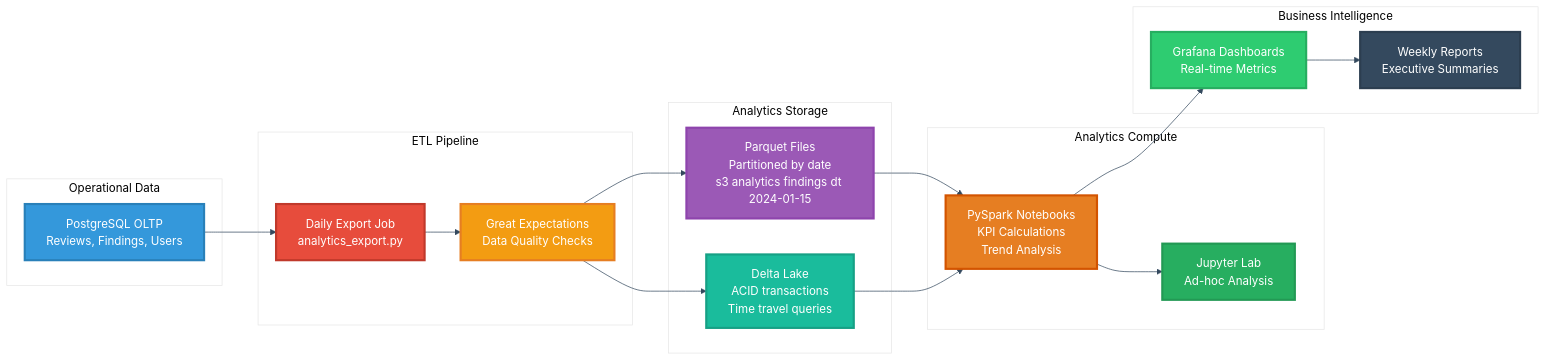
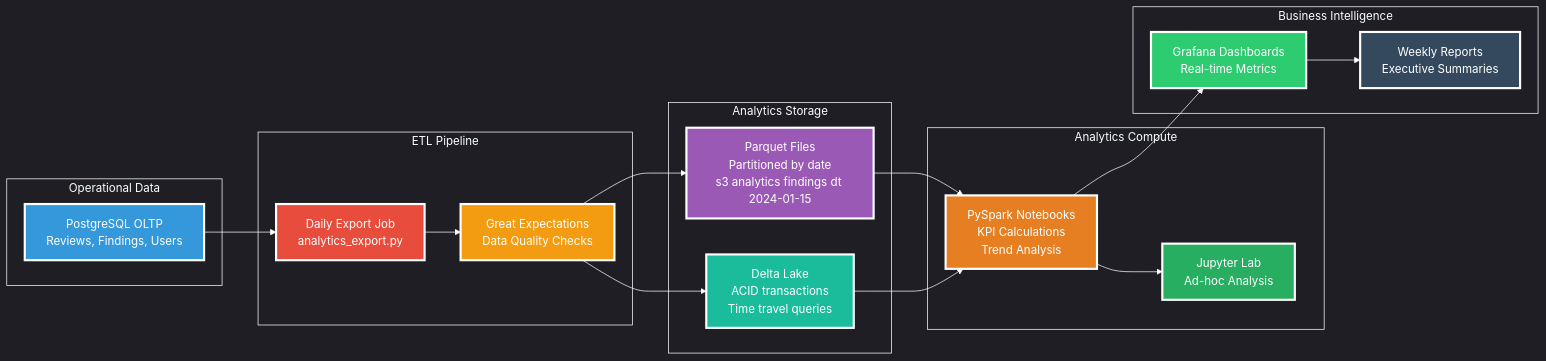
The fourth of 7 diagrams in docs/ARCHITECTURE.md (PriscillaOng12/AI-Code-Review-Squad), drawn with Mermaid before and after one commit. The commit also changed other lines of this file, not shown here.

````diff
--- a/docs/ARCHITECTURE.md
+++ b/docs/ARCHITECTURE.md
@@ -325,47 +325,47 @@
 ```mermaid
-%%{init: {'theme': 'base', 'themeVariables': {'primaryColor': '#ffffff', 'primaryTextColor': '#2c3e50', 'primaryBorderColor': '#2c3e50', 'lineColor': '#34495e', 'secondaryColor': '#ffffff', 'tertiaryColor': '#ffffff', 'background': '#ffffff', 'mainBkg': '#ffffff', 'secondBkg': '#ffffff', 'tertiaryBkg': '#ffffff'}}}%%
+%%{init: {'theme': 'dark', 'themeVariables': {'primaryColor': 'transparent', 'primaryTextColor': '#ffffff', 'primaryBorderColor': '#ffffff', 'lineColor': '#ffffff', 'secondaryColor': 'transparent', 'tertiaryColor': 'transparent', 'background': 'transparent', 'mainBkg': 'transparent', 'secondBkg': 'transparent', 'tertiaryBkg': 'transparent', 'clusterBkg': 'transparent', 'clusterBorder': '#ffffff', 'edgeLabelBackground': 'transparent'}}}%%
 graph LR
     subgraph "Operational Data"
         OLTP[PostgreSQL OLTP<br/>Reviews, Findings, Users]
     end
     
     subgraph "ETL Pipeline"
         EXTRACT[Daily Export Job<br/>analytics_export.py]
         VALIDATE[Great Expectations<br/>Data Quality Checks]
     end
     
     subgraph "Analytics Storage"
         PARQUET[Parquet Files<br/>Partitioned by date<br/>s3 analytics findings dt 2024-01-15]
         DELTA[Delta Lake<br/>ACID transactions<br/>Time travel queries]
     end
     
     subgraph "Analytics Compute"
         SPARK[PySpark Notebooks<br/>KPI Calculations<br/>Trend Analysis]
         JUPYTER[Jupyter Lab<br/>Ad-hoc Analysis]
     end
     
     subgraph "Business Intelligence"
         DASHBOARDS[Grafana Dashboards<br/>Real-time Metrics]
         REPORTS[Weekly Reports<br/>Executive Summaries]
     end
     
     OLTP --> EXTRACT
     EXTRACT --> VALIDATE
     VALIDATE --> PARQUET
     VALIDATE --> DELTA
     PARQUET --> SPARK
     DELTA --> SPARK
     SPARK --> JUPYTER
     SPARK --> DASHBOARDS
     DASHBOARDS --> REPORTS
     
-    style OLTP fill:#3498db,stroke:#2980b9,stroke-width:3px,color:#ffffff
-    style EXTRACT fill:#e74c3c,stroke:#c0392b,stroke-width:3px,color:#ffffff
-    style VALIDATE fill:#f39c12,stroke:#e67e22,stroke-width:3px,color:#ffffff
-    style PARQUET fill:#9b59b6,stroke:#8e44ad,stroke-width:3px,color:#ffffff
-    style DELTA fill:#1abc9c,stroke:#16a085,stroke-width:3px,color:#ffffff
-    style SPARK fill:#e67e22,stroke:#d35400,stroke-width:3px,color:#ffffff
-    style JUPYTER fill:#27ae60,stroke:#229954,stroke-width:3px,color:#ffffff
-    style DASHBOARDS fill:#2ecc71,stroke:#27ae60,stroke-width:3px,color:#ffffff
-    style REPORTS fill:#34495e,stroke:#2c3e50,stroke-width:3px,color:#ffffff
+    style OLTP fill:#3498db,stroke:#ffffff,stroke-width:3px,color:#ffffff
+    style EXTRACT fill:#e74c3c,stroke:#ffffff,stroke-width:3px,color:#ffffff
+    style VALIDATE fill:#f39c12,stroke:#ffffff,stroke-width:3px,color:#ffffff
+    style PARQUET fill:#9b59b6,stroke:#ffffff,stroke-width:3px,color:#ffffff
+    style DELTA fill:#1abc9c,stroke:#ffffff,stroke-width:3px,color:#ffffff
+    style SPARK fill:#e67e22,stroke:#ffffff,stroke-width:3px,color:#ffffff
+    style JUPYTER fill:#27ae60,stroke:#ffffff,stroke-width:3px,color:#ffffff
+    style DASHBOARDS fill:#2ecc71,stroke:#ffffff,stroke-width:3px,color:#ffffff
+    style REPORTS fill:#34495e,stroke:#ffffff,stroke-width:3px,color:#ffffff
 ```
````
